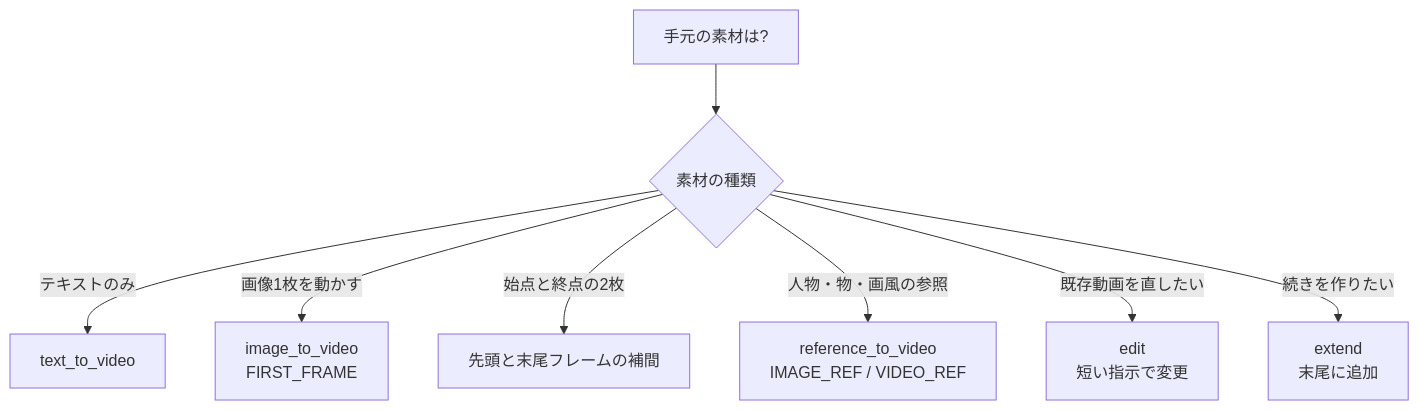
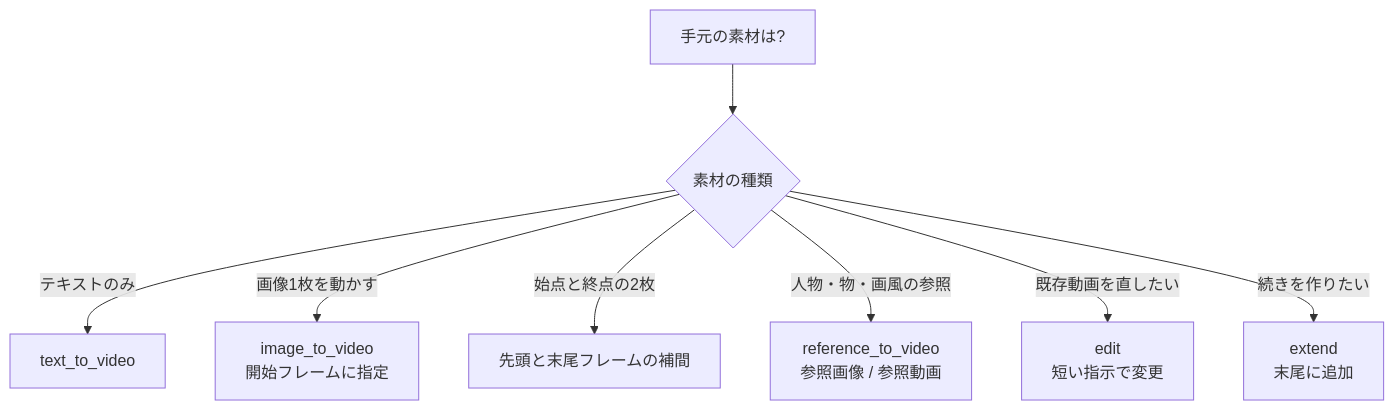
Before and after one commit to myoshi2891/Comparison-of-LLMs: the fourth of 7 diagrams in Gemini-omni-best-practices-guide.md, drawn with Mermaid. The commit also changed other lines of this file and 1 other file, not shown here.

````diff
--- a/Gemini-omni-best-practices-guide.md
+++ b/Gemini-omni-best-practices-guide.md
@@ -345,10 +345,10 @@
 ```mermaid
 flowchart TD
     A["手元の素材は?"] --> B{"素材の種類"}
     B -->|"テキストのみ"| T["text_to_video"]
-    B -->|"画像1枚を動かす"| I["image_to_video<br/>FIRST_FRAME"]
+    B -->|"画像1枚を動かす"| I["image_to_video<br/>開始フレームに指定"]
     B -->|"始点と終点の2枚"| F["先頭と末尾フレームの補間"]
-    B -->|"人物・物・画風の参照"| R["reference_to_video<br/>IMAGE_REF / VIDEO_REF"]
+    B -->|"人物・物・画風の参照"| R["reference_to_video<br/>参照画像 / 参照動画"]
     B -->|"既存動画を直したい"| E["edit<br/>短い指示で変更"]
     B -->|"続きを作りたい"| X["extend<br/>末尾に追加"]
 ```
````
